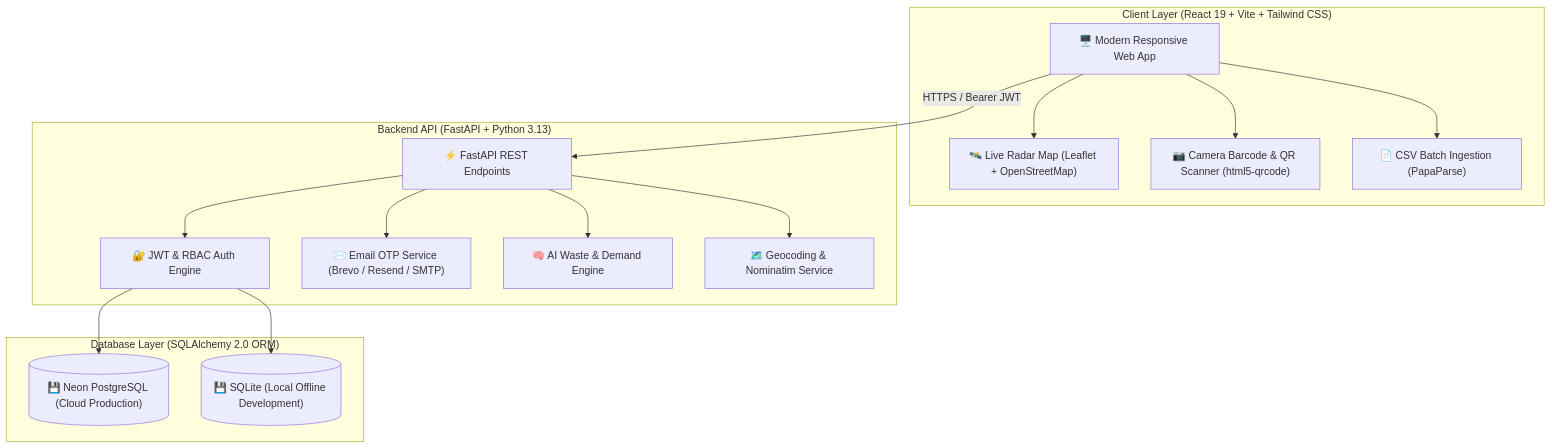
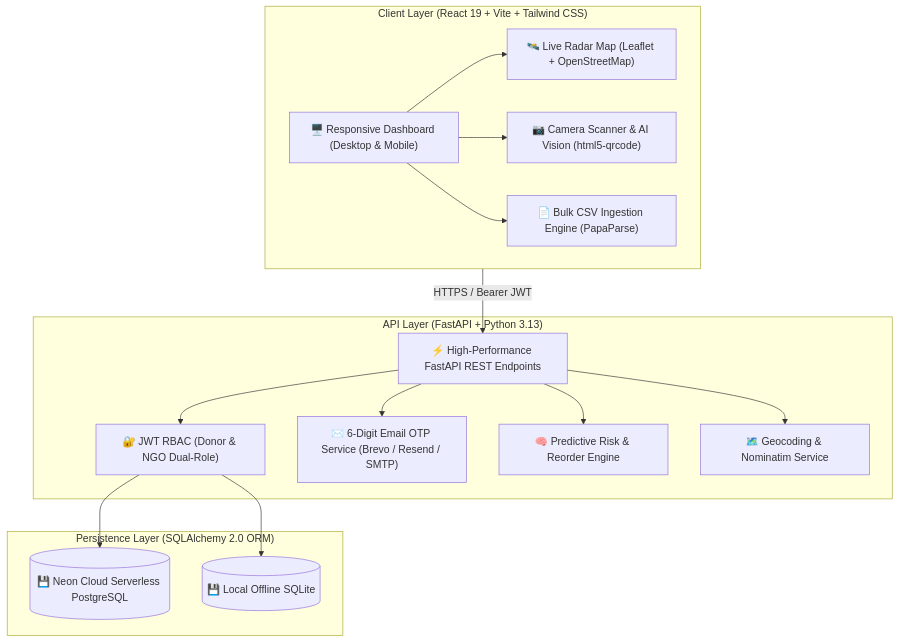
Before and after one commit to preygoti/foodwaste-platform: the first of 2 diagrams in README.md, drawn with Mermaid. The commit also changed other lines of this file, not shown here.

Commit message:
docs(readme): polish README with high-res banner, architecture diagrams, and founder accreditation

````diff
--- a/README.md
+++ b/README.md
@@ -68,34 +66,34 @@
 ```mermaid
 flowchart TD
-    subgraph Clients ["Client Layer (React 19 + Vite + Tailwind CSS)"]
-        UI["🖥️ Modern Responsive Web App"]
-        MAP["🛰️ Live Radar Map (Leaflet + OpenStreetMap)"]
-        SCAN["📷 Camera Barcode & QR Scanner (html5-qrcode)"]
-        CSV["📄 CSV Batch Ingestion (PapaParse)"]
-        UI --> MAP
-        UI --> SCAN
+    subgraph Client ["Client Layer (React 19 + Vite + Tailwind CSS)"]
+        UI["🖥️ Responsive Dashboard (Desktop & Mobile)"]
+        RADAR["🛰️ Live Radar Map (Leaflet + OpenStreetMap)"]
+        VISION["📷 Camera Scanner & AI Vision (html5-qrcode)"]
+        CSV["📄 Bulk CSV Ingestion Engine (PapaParse)"]
+        UI --> RADAR
+        UI --> VISION
         UI --> CSV
     end
 
-    subgraph Server ["Backend API (FastAPI + Python 3.13)"]
-        API["⚡ FastAPI REST Endpoints"]
-        AUTH["🔐 JWT & RBAC Auth Engine"]
-        EMAIL["✉️ Email OTP Service (Brevo / Resend / SMTP)"]
-        RISK["🧠 AI Waste & Demand Engine"]
-        GEO["🗺️ Geocoding & Nominatim Service"]
+    subgraph Backend ["API Layer (FastAPI + Python 3.13)"]
+        API["⚡ High-Performance FastAPI REST Endpoints"]
+        AUTH["🔐 JWT RBAC (Donor & NGO Dual-Role)"]
+        OTP["✉️ 6-Digit Email OTP Service (Brevo / Resend / SMTP)"]
+        AI_ENGINE["🧠 Predictive Risk & Reorder Engine"]
+        GEO_ENGINE["🗺️ Geocoding & Nominatim Service"]
         
         API --> AUTH
-        API --> EMAIL
-        API --> RISK
-        API --> GEO
+        API --> OTP
+        API --> AI_ENGINE
+        API --> GEO_ENGINE
     end
 
-    subgraph Storage ["Database Layer (SQLAlchemy 2.0 ORM)"]
-        PG[("💾 Neon PostgreSQL (Cloud Production)")]
-        SQLITE[("💾 SQLite (Local Offline Development)")]
+    subgraph DataLayer ["Persistence Layer (SQLAlchemy 2.0 ORM)"]
+        NEON[("💾 Neon Cloud Serverless PostgreSQL")]
+        SQLITE[("💾 Local Offline SQLite")]
     end
 
-    UI -->|HTTPS / Bearer JWT| API
-    AUTH --> PG
+    Client -->|HTTPS / Bearer JWT| API
+    AUTH --> NEON
     AUTH --> SQLITE
 ```
````
